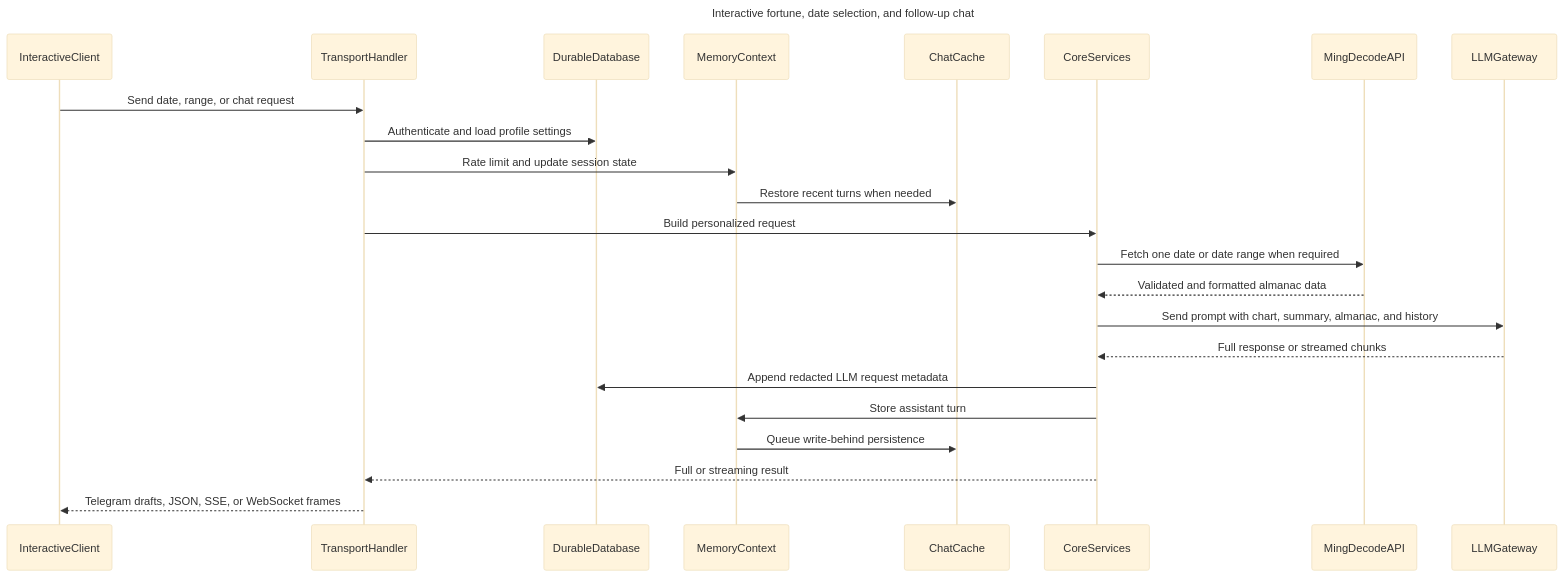
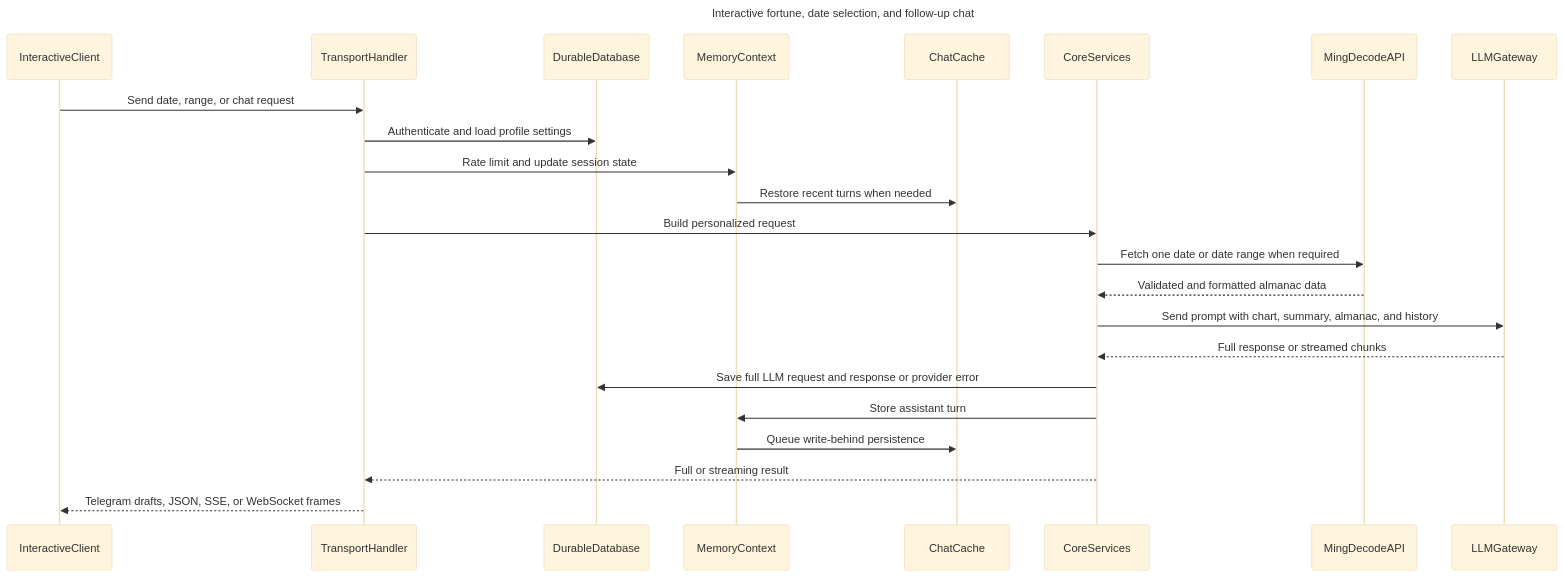
One commit to henius98/BaziFlowAgent changed the third of 6 diagrams in docs/project-flow-sequence.md. Above: the diagram before and after it, drawn with Mermaid (base theme). The commit also changed other lines of this file and 30 other files, not shown here.

````diff
--- a/docs/project-flow-sequence.md
+++ b/docs/project-flow-sequence.md
@@ -78,27 +87,27 @@
 ```mermaid
 sequenceDiagram
     title Interactive fortune, date selection, and follow-up chat
     participant InteractiveClient
     participant TransportHandler
     participant DurableDatabase
     participant MemoryContext
     participant ChatCache
     participant CoreServices
     participant MingDecodeAPI
     participant LLMGateway
 
     InteractiveClient->>TransportHandler: Send date, range, or chat request
     TransportHandler->>DurableDatabase: Authenticate and load profile settings
     TransportHandler->>MemoryContext: Rate limit and update session state
     MemoryContext->>ChatCache: Restore recent turns when needed
     TransportHandler->>CoreServices: Build personalized request
     CoreServices->>MingDecodeAPI: Fetch one date or date range when required
     MingDecodeAPI-->>CoreServices: Validated and formatted almanac data
     CoreServices->>LLMGateway: Send prompt with chart, summary, almanac, and history
     LLMGateway-->>CoreServices: Full response or streamed chunks
-    CoreServices->>DurableDatabase: Append redacted LLM request metadata
+    CoreServices->>DurableDatabase: Save full LLM request and response or provider error
     CoreServices->>MemoryContext: Store assistant turn
     MemoryContext->>ChatCache: Queue write-behind persistence
     CoreServices-->>TransportHandler: Full or streaming result
     TransportHandler-->>InteractiveClient: Telegram drafts, JSON, SSE, or WebSocket frames
 ```
````
